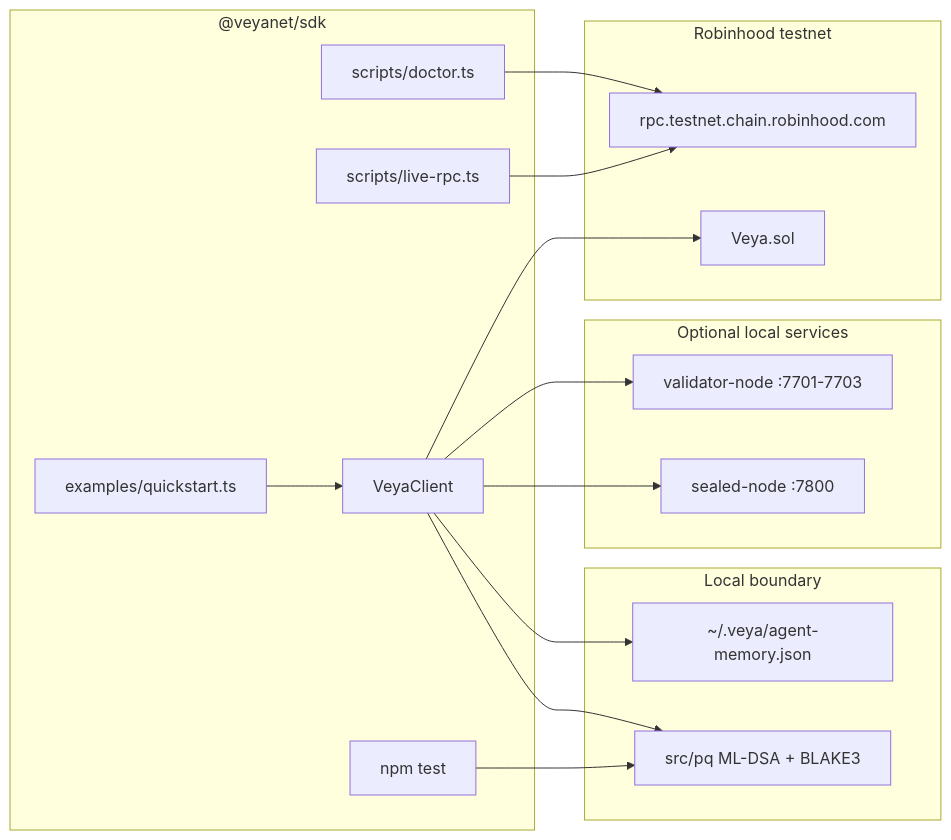
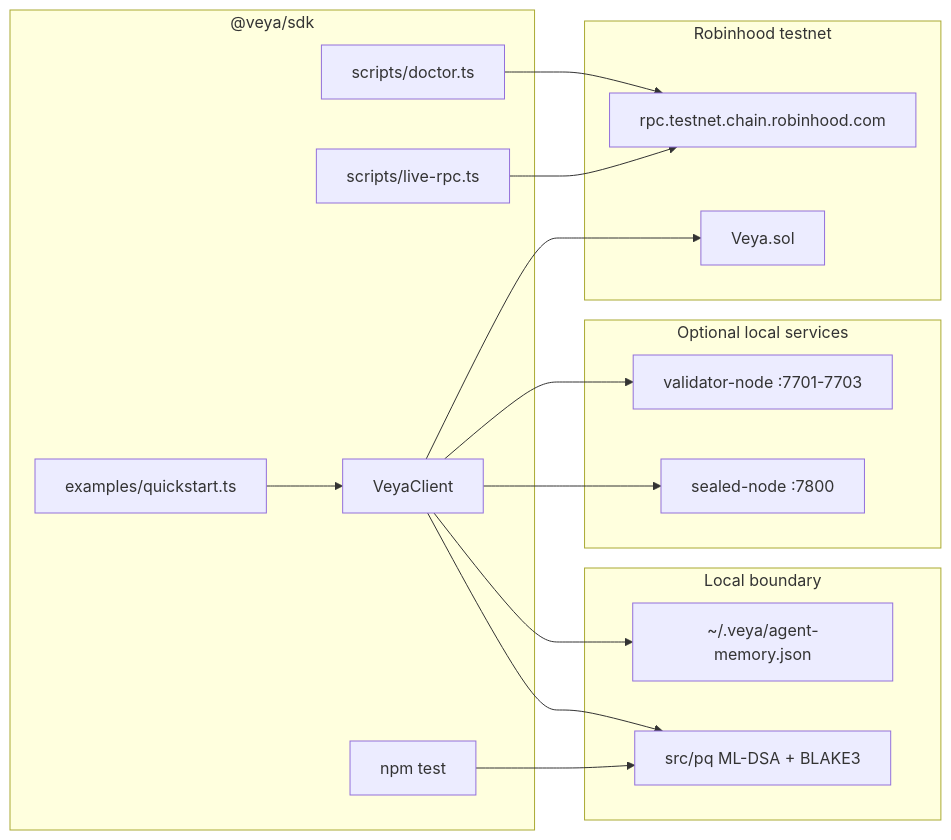
Before and after one commit to veyanet/veya-sdk: the first of 2 diagrams in docs/CLI.md, drawn with Mermaid. The commit also changed other lines of this file, not shown here.

````diff
--- a/docs/CLI.md
+++ b/docs/CLI.md
@@ -101,35 +101,35 @@
 ```mermaid
 flowchart LR
-    subgraph Node["@veyanet/sdk"]
+    subgraph Node["@veya/sdk"]
         QS["examples/quickstart.ts"]
         DOC["scripts/doctor.ts"]
         LIVE["scripts/live-rpc.ts"]
         TEST["npm test"]
         APP["VeyaClient"]
     end
 
     subgraph Local["Local boundary"]
         MEM["~/.veya/agent-memory.json"]
         PQ["src/pq ML-DSA + BLAKE3"]
     end
 
     subgraph Remote["Optional local services"]
         Val["validator-node :7701-7703"]
         Seal["sealed-node :7800"]
     end
 
     subgraph Chain["Robinhood testnet"]
         RPC["rpc.testnet.chain.robinhood.com"]
         VEYA["Veya.sol"]
     end
 
     QS --> APP
     DOC --> RPC
     LIVE --> RPC
     APP --> PQ
     APP --> MEM
     APP --> Val
     APP --> Seal
     APP --> VEYA
     TEST --> PQ
 ```
````
